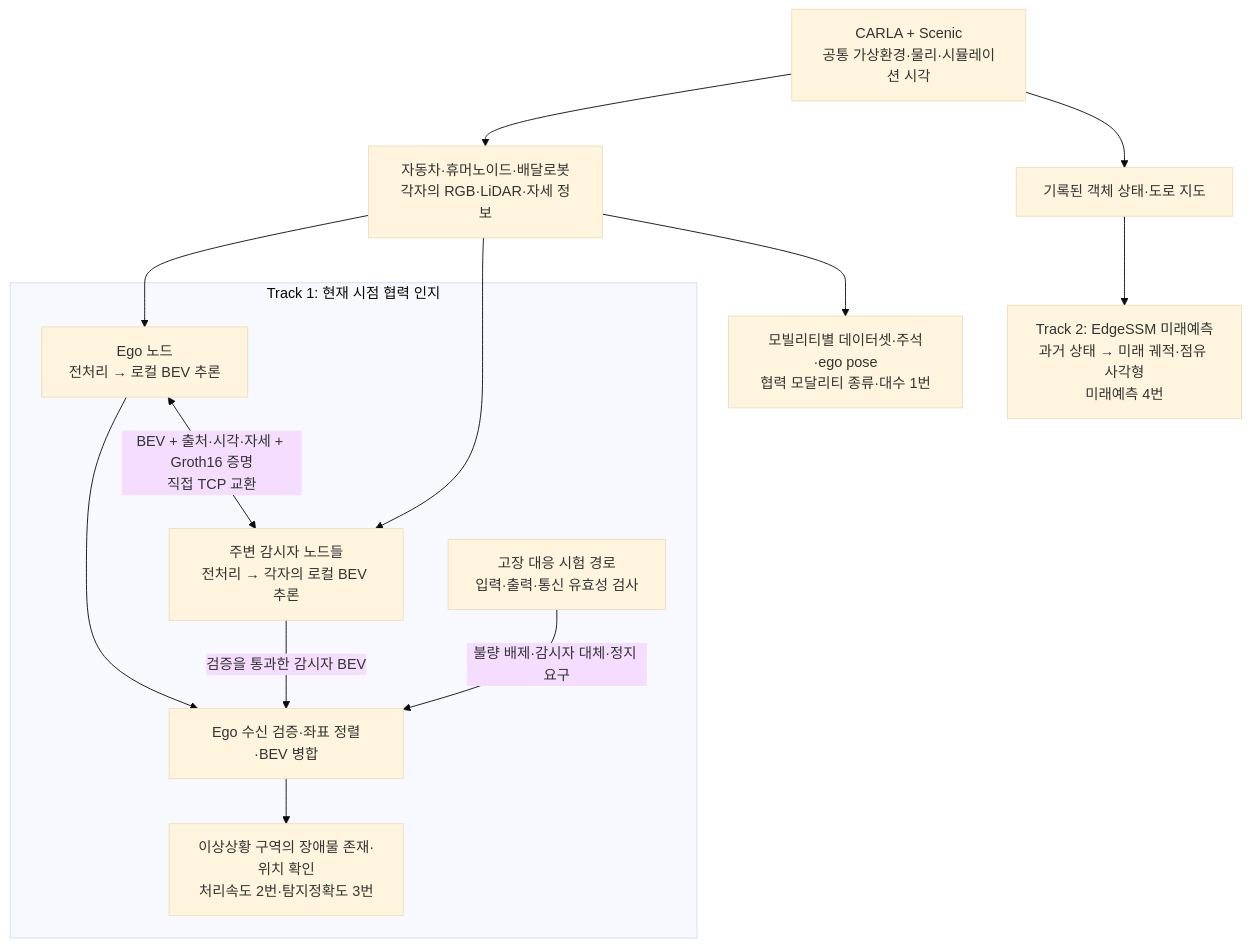
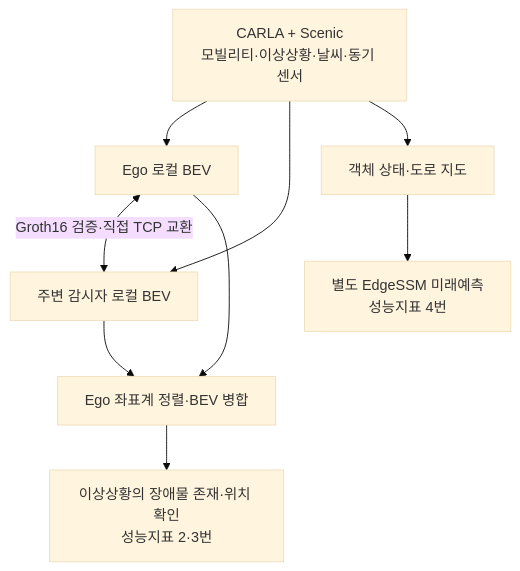
One commit to 7107190/STL_DAMOS changed the diagram in README.md. Above: the diagram before and after it, drawn with Mermaid (base theme). The commit also changed other lines of this file and 5 other files, not shown here.

````diff
--- a/README.md
+++ b/README.md
@@ -25,21 +12,12 @@
 ```mermaid
 flowchart TB
-    WORLD["CARLA + Scenic<br/>공통 가상환경·물리·시뮬레이션 시각"]
-    WORLD --> RIG["자동차·휴머노이드·배달로봇<br/>각자의 RGB·LiDAR·자세 정보"]
-
-    subgraph TRACK1["Track 1: 현재 시점 협력 인지"]
-        EGO["Ego 노드<br/>전처리 → 로컬 BEV 추론"]
-        OBS["주변 감시자 노드들<br/>전처리 → 각자의 로컬 BEV 추론"]
-        EGO <-->|"BEV + 출처·시각·자세 + Groth16 증명<br/>직접 TCP 교환"| OBS
-        EGO --> FUSE["Ego 수신 검증·좌표 정렬·BEV 병합"]
-        OBS -->|"검증을 통과한 감시자 BEV"| FUSE
-        FUSE --> DETECT["이상상황 구역의 장애물 존재·위치 확인<br/>처리속도 2번·탐지정확도 3번"]
-        HEALTH["고장 대응 시험 경로<br/>입력·출력·통신 유효성 검사"] -->|"불량 배제·감시자 대체·정지 요구"| FUSE
-    end
-    RIG --> EGO
-    RIG --> OBS
-    RIG --> DATA["모빌리티별 데이터셋·주석·ego pose<br/>협력 모달리티 종류·대수 1번"]
-
-    WORLD --> STATES["기록된 객체 상태·도로 지도"]
-    STATES --> TRACK2["Track 2: EdgeSSM 미래예측<br/>과거 상태 → 미래 궤적·점유 사각형<br/>미래예측 4번"]
+    WORLD["CARLA + Scenic<br/>모빌리티·이상상황·날씨·동기 센서"]
+    WORLD --> EGO["Ego 로컬 BEV"]
+    WORLD --> OBS["주변 감시자 로컬 BEV"]
+    EGO <-->|"Groth16 검증·직접 TCP 교환"| OBS
+    EGO --> FUSE["Ego 좌표계 정렬·BEV 병합"]
+    OBS --> FUSE
+    FUSE --> DETECT["이상상황의 장애물 존재·위치 확인<br/>성능지표 2·3번"]
+    WORLD --> STATES["객체 상태·도로 지도"]
+    STATES --> PREDICT["별도 EdgeSSM 미래예측<br/>성능지표 4번"]
 ```
````
